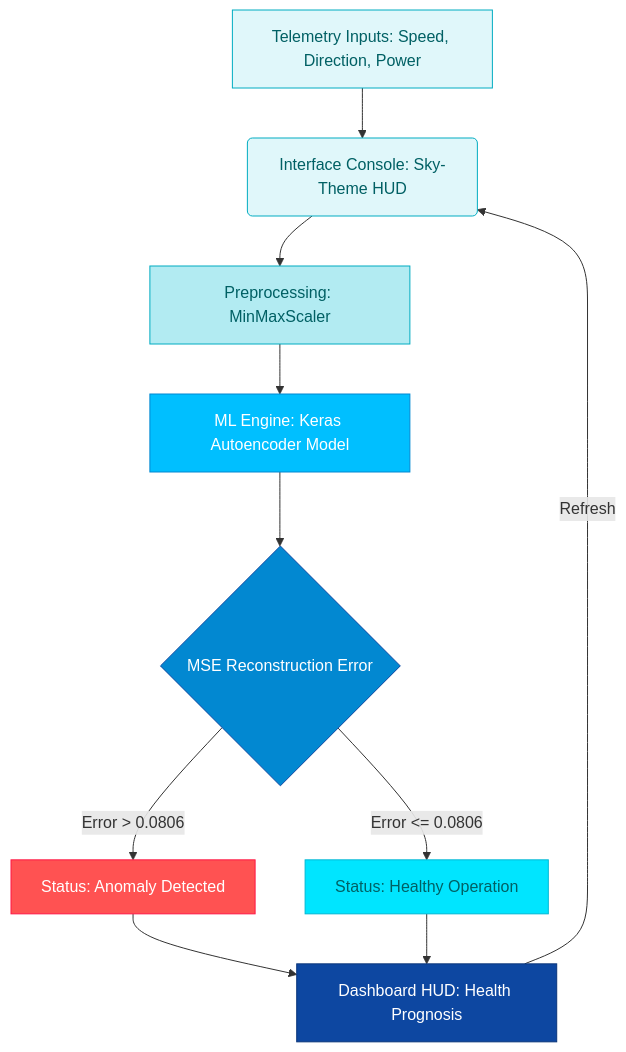
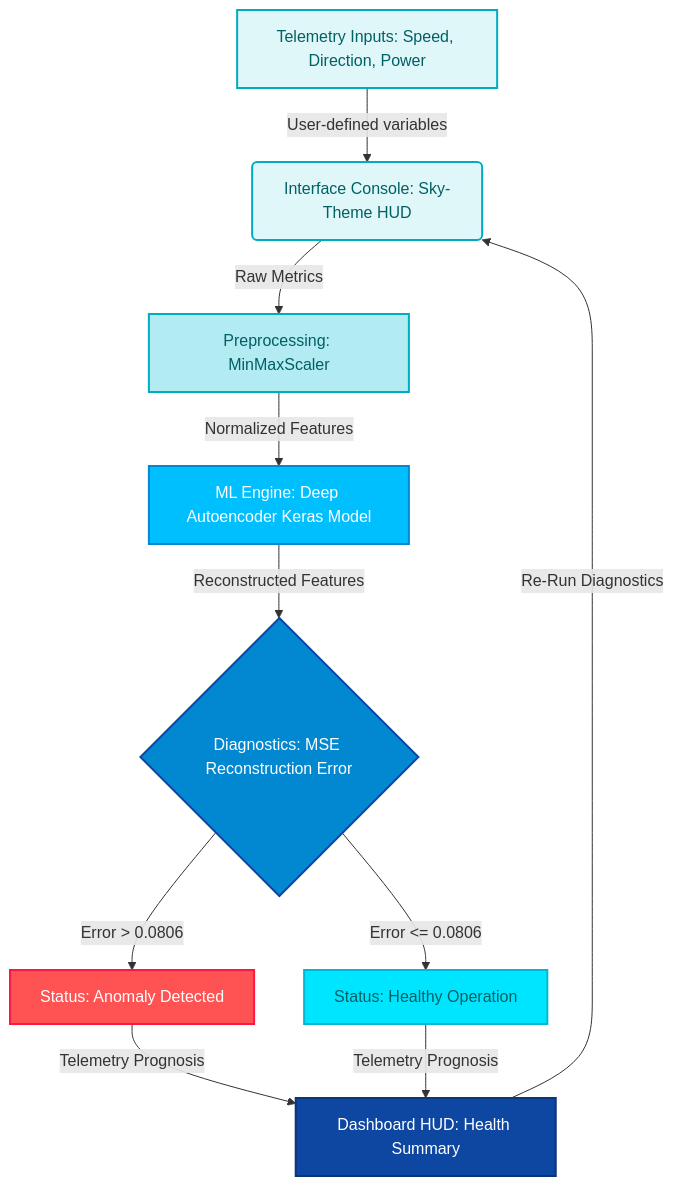
The diagram in README.md (mayank-goyal09/turbine-anomaly-autoencoder), drawn with Mermaid before and after one commit. The commit also changed other lines of this file, not shown here.

````diff
--- a/README.md
+++ b/README.md
@@ -34,27 +61,29 @@
 ```mermaid
 graph TD
-    %% Pipeline
-    A[Telemetry Inputs: Speed, Direction, Power] --> B(Interface Console: Sky-Theme HUD)
-    B --> C[Preprocessing: MinMaxScaler]
-    C --> D[ML Engine: Keras Autoencoder Model]
-    D --> E{MSE Reconstruction Error}
+    %% Inputs
+    A[Telemetry Inputs: Speed, Direction, Power] -->|User-defined variables| B(Interface Console: Sky-Theme HUD)
     
-    %% Verdicts
+    %% Scaling
+    B -->|Raw Metrics| C[Preprocessing: MinMaxScaler]
+    C -->|Normalized Features| D[ML Engine: Deep Autoencoder Keras Model]
+    
+    %% Inference
+    D -->|Reconstructed Features| E{Diagnostics: MSE Reconstruction Error}
     E -->|Error > 0.0806| F[Status: Anomaly Detected]
     E -->|Error <= 0.0806| G[Status: Healthy Operation]
     
-    %% UI Update
-    F --> H[Dashboard HUD: Health Prognosis]
-    G --> H
-    H -->|Refresh| B
+    %% Outputs
+    F -->|Telemetry Prognosis| H[Dashboard HUD: Health Summary]
+    G -->|Telemetry Prognosis| H
+    H -->|Re-Run Diagnostics| B
 
-    %% Styling
-    style A fill:#e0f7fa,color:#006064,stroke:#00acc1,stroke-width:1px
-    style B fill:#e0f7fa,color:#006064,stroke:#00acc1,stroke-width:1px
-    style C fill:#b2ebf2,color:#006064,stroke:#00acc1,stroke-width:1px
-    style D fill:#00bfff,color:#fff,stroke:#0288d1,stroke-width:1px
-    style E fill:#0288d1,color:#fff,stroke:#0d47a1,stroke-width:1px
-    style F fill:#ff5252,color:#fff,stroke:#ff1744,stroke-width:1px
-    style G fill:#00e5ff,color:#006064,stroke:#00b8d4,stroke-width:1px
-    style H fill:#0d47a1,color:#fff,stroke:#0a357a,stroke-width:1px
+    %% Styles mapped to Sky Theme colors
+    style A fill:#e0f7fa,color:#006064,stroke:#00acc1,stroke-width:2px
+    style B fill:#e0f7fa,color:#006064,stroke:#00acc1,stroke-width:2px
+    style C fill:#b2ebf2,color:#006064,stroke:#00acc1,stroke-width:2px
+    style D fill:#00bfff,color:#fff,stroke:#0288d1,stroke-width:2px
+    style E fill:#0288d1,color:#fff,stroke:#0d47a1,stroke-width:2px
+    style F fill:#ff5252,color:#fff,stroke:#ff1744,stroke-width:2px
+    style G fill:#00e5ff,color:#006064,stroke:#00b8d4,stroke-width:2px
+    style H fill:#0d47a1,color:#fff,stroke:#0a357a,stroke-width:2px
 ```
````
